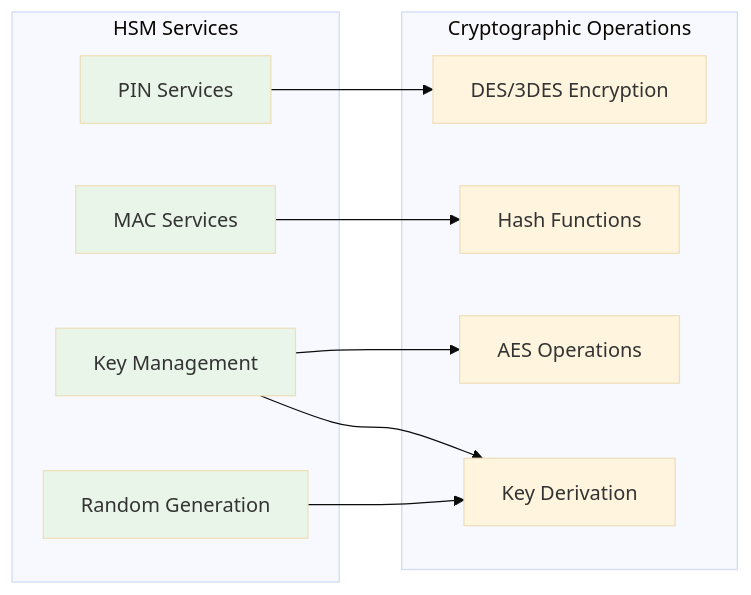
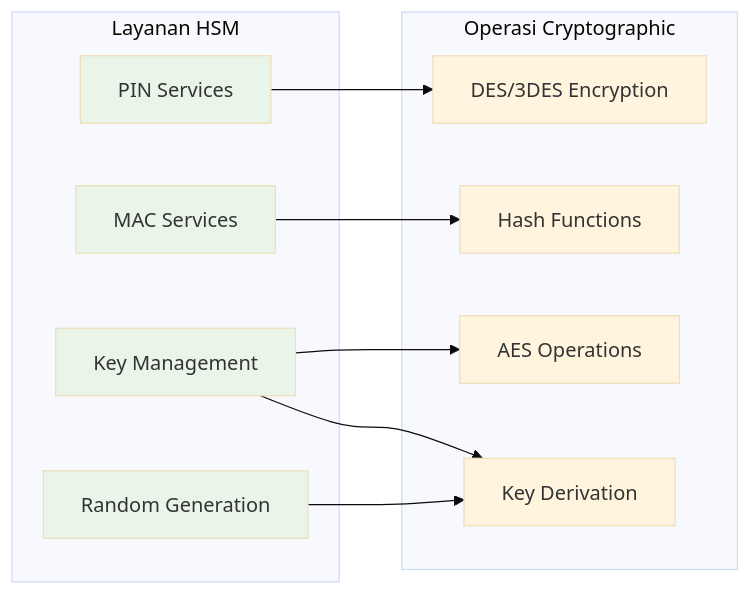
Before and after one commit to artivisi/training-spring-jpos-2025: the second of 7 diagrams in workshop/day-4/INSTRUCTIONS.md, drawn with Mermaid (base theme). The commit also changed other lines of this file and 4 other files, not shown here.

````diff
--- a/workshop/day-4/INSTRUCTIONS.md
+++ b/workshop/day-4/INSTRUCTIONS.md
@@ -43,27 +43,27 @@
 ```mermaid
 graph LR
-    subgraph "HSM Services"
+    subgraph "Layanan HSM"
         A[PIN Services]
         B[MAC Services]
         C[Key Management]
         D[Random Generation]
     end
 
-    subgraph "Cryptographic Operations"
+    subgraph "Operasi Cryptographic"
         E[DES/3DES Encryption]
         F[AES Operations]
         G[Hash Functions]
         H[Key Derivation]
     end
 
     A --> E
     B --> G
     C --> F
     C --> H
     D --> H
 
     style A fill:#e8f5e8
     style B fill:#e8f5e8
     style C fill:#e8f5e8
     style D fill:#e8f5e8
 ```
````
